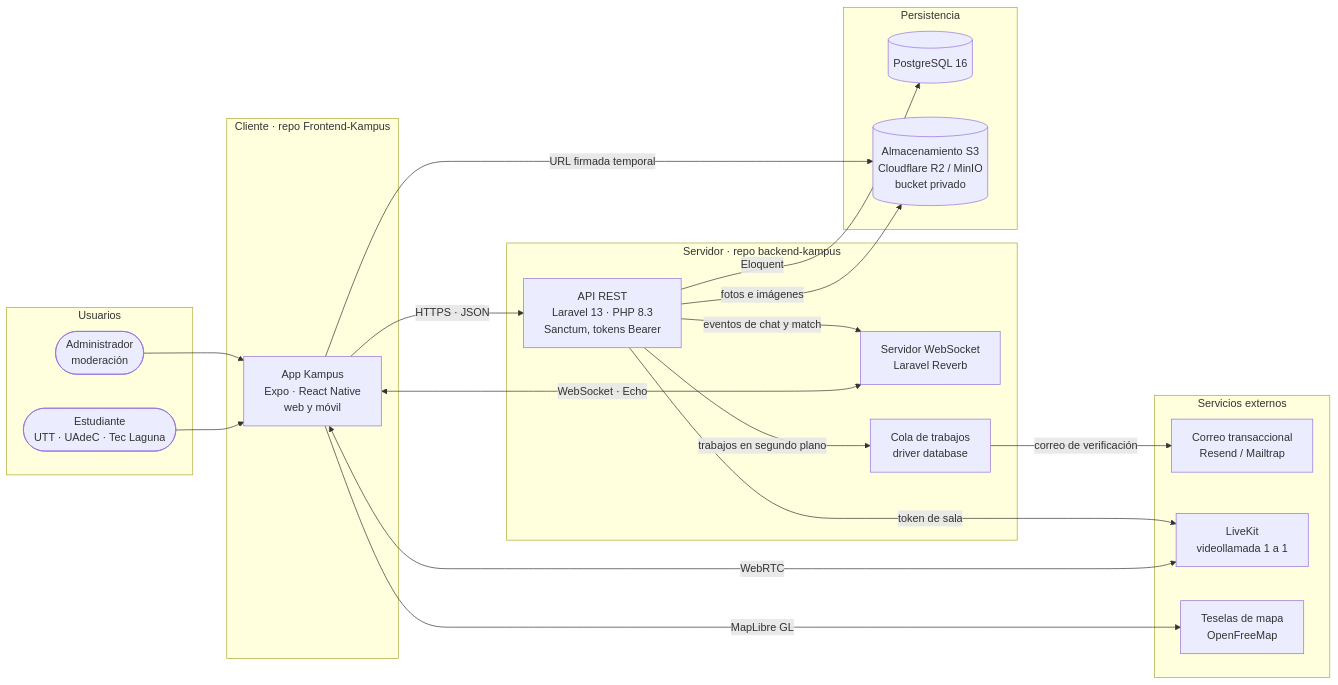
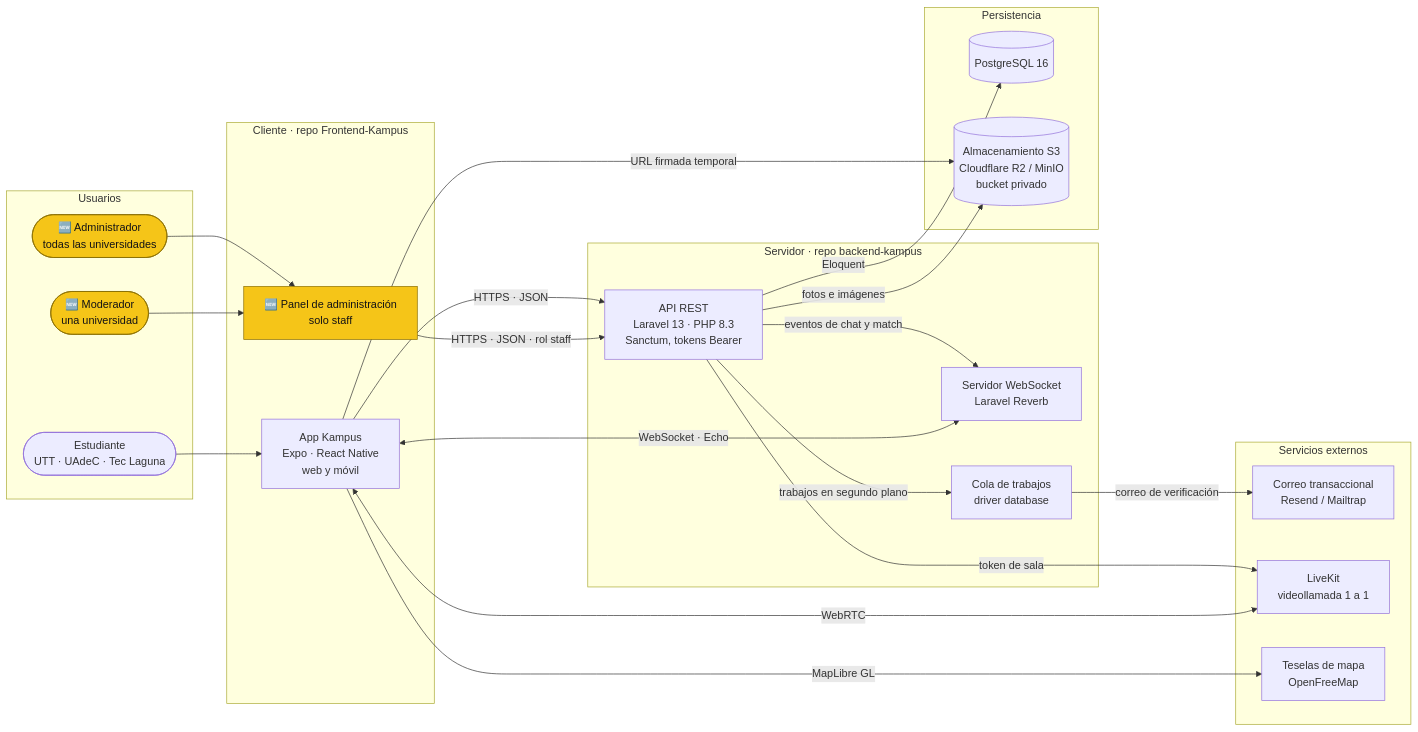
The first of 3 diagrams in docs/diagramas/arquitectura.md (WilbertDevMx/backend-kampus), drawn with Mermaid before and after one commit. The commit also changed other lines of this file and 3 other files, not shown here.

Commit message:
docs: agrega el módulo de Administración al esquema y a los diagramas (Sprint 2)

````diff
--- a/docs/diagramas/arquitectura.md
+++ b/docs/diagramas/arquitectura.md
@@ -7,42 +9,49 @@
 ```mermaid
 flowchart LR
     subgraph Usuarios
         EST(["Estudiante<br/>UTT · UAdeC · Tec Laguna"])
-        ADM(["Administrador<br/>moderación"])
+        MODR(["🆕 Moderador<br/>una universidad"])
+        ADM(["🆕 Administrador<br/>todas las universidades"])
     end
 
     subgraph Cliente["Cliente · repo Frontend-Kampus"]
         APP["App Kampus<br/>Expo · React Native<br/>web y móvil"]
+        PANEL["🆕 Panel de administración<br/>solo staff"]
     end
 
     subgraph Servidor["Servidor · repo backend-kampus"]
         API["API REST<br/>Laravel 13 · PHP 8.3<br/>Sanctum, tokens Bearer"]
         WS["Servidor WebSocket<br/>Laravel Reverb"]
         COLA["Cola de trabajos<br/>driver database"]
     end
 
     subgraph Datos["Persistencia"]
         DB[("PostgreSQL 16")]
         S3[("Almacenamiento S3<br/>Cloudflare R2 / MinIO<br/>bucket privado")]
     end
 
     subgraph Externos["Servicios externos"]
         MAIL["Correo transaccional<br/>Resend / Mailtrap"]
         LK["LiveKit<br/>videollamada 1 a 1"]
         TILES["Teselas de mapa<br/>OpenFreeMap"]
     end
 
     EST --> APP
-    ADM --> APP
+    MODR --> PANEL
+    ADM --> PANEL
+    PANEL -->|"HTTPS · JSON · rol staff"| API
     APP -->|"HTTPS · JSON"| API
     APP <-->|"WebSocket · Echo"| WS
     APP -->|"URL firmada temporal"| S3
     APP <-->|"WebRTC"| LK
     APP -->|"MapLibre GL"| TILES
     API -->|"Eloquent"| DB
     API -->|"fotos e imágenes"| S3
     API -->|"token de sala"| LK
     API -->|"eventos de chat y match"| WS
     API -->|"trabajos en segundo plano"| COLA
     COLA -->|"correo de verificación"| MAIL
+
+    classDef nuevo fill:#F5C518,stroke:#8A6D00,color:#121215
+    class MODR,ADM,PANEL nuevo
 ```
````
